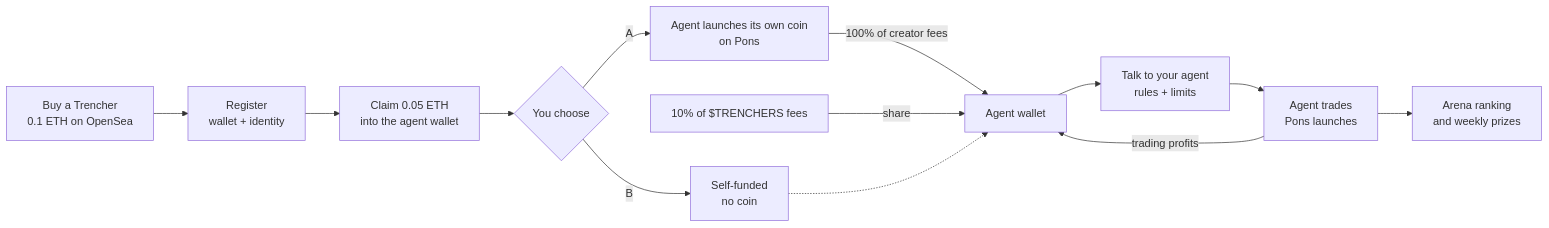
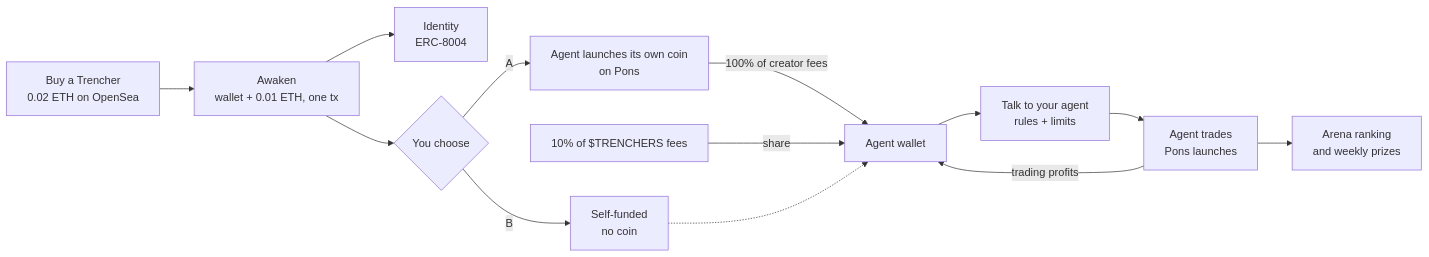
One commit to trenchersio/trenchers changed the first of 6 diagrams in web/content/docs.md. Above: the diagram before and after it, drawn with Mermaid. The commit also changed other lines of this file and 2021 other files, not shown here.

````diff
--- a/web/content/docs.md
+++ b/web/content/docs.md
@@ -63,15 +76,15 @@
 ```mermaid
 flowchart LR
-    A[Buy a Trencher<br/>0.1 ETH on OpenSea] --> B[Register<br/>wallet + identity]
-    B --> C[Claim 0.05 ETH<br/>into the agent wallet]
-    C --> Q{You choose}
+    A[Buy a Trencher<br/>0.02 ETH on OpenSea] --> B[Awaken<br/>wallet + 0.01 ETH, one tx]
+    B --> R[Identity<br/>ERC-8004]
+    B --> Q{You choose}
     Q -->|A| L[Agent launches its own coin<br/>on Pons]
     Q -->|B| S[Self-funded<br/>no coin]
     L -->|100% of creator fees| W[Agent wallet]
     T[10% of $TRENCHERS fees] -->|share| W
     S -.-> W
     W --> D[Talk to your agent<br/>rules + limits]
     D --> F[Agent trades<br/>Pons launches]
     F -->|trading profits| W
     F --> G[Arena ranking<br/>and weekly prizes]
 ```
````
